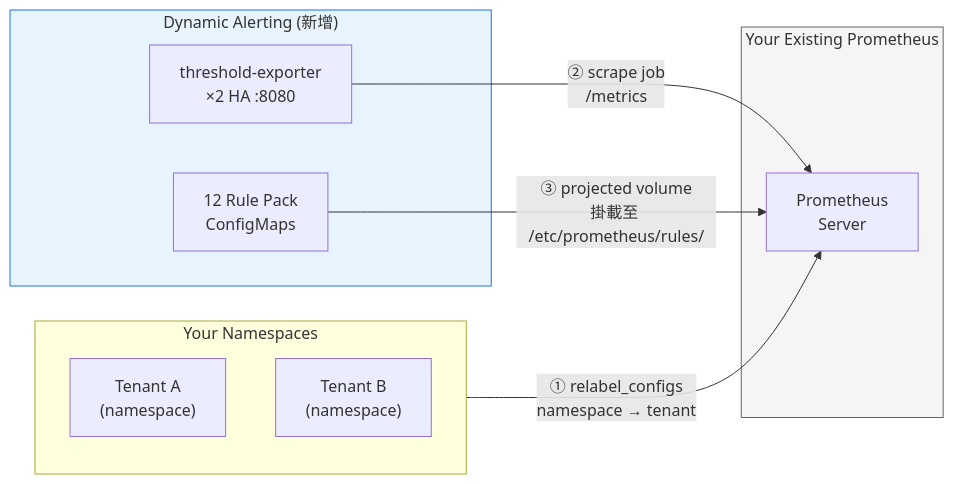
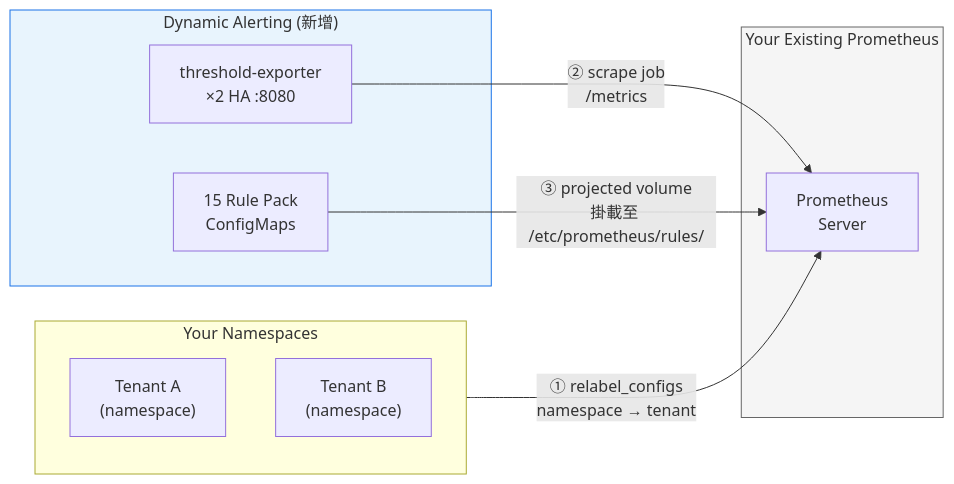
Before and after one commit to vencil/Dynamic-Alerting-Integrations: the diagram in docs/byo-prometheus-integration.md, drawn with Mermaid. The commit also changed other lines of this file and 177 other files, not shown here.

````diff
--- a/docs/byo-prometheus-integration.md
+++ b/docs/byo-prometheus-integration.md
@@ -23,23 +30,23 @@
 ```mermaid
 graph LR
     subgraph YP["Your Existing Prometheus"]
         P["Prometheus<br/>Server"]
     end
 
     subgraph NS["Your Namespaces"]
         T1["Tenant A<br/>(namespace)"]
         T2["Tenant B<br/>(namespace)"]
     end
 
     subgraph DA["Dynamic Alerting (新增)"]
         TE["threshold-exporter<br/>×2 HA :8080"]
-        RP["12 Rule Pack<br/>ConfigMaps"]
+        RP["15 Rule Pack<br/>ConfigMaps"]
     end
 
     NS -->|"① relabel_configs<br/>namespace → tenant"| P
     TE -->|"② scrape job<br/>/metrics"| P
     RP -->|"③ projected volume<br/>掛載至 /etc/prometheus/rules/"| P
 
     style DA fill:#e8f4fd,stroke:#1a73e8
     style YP fill:#f5f5f5,stroke:#666
 ```
````
